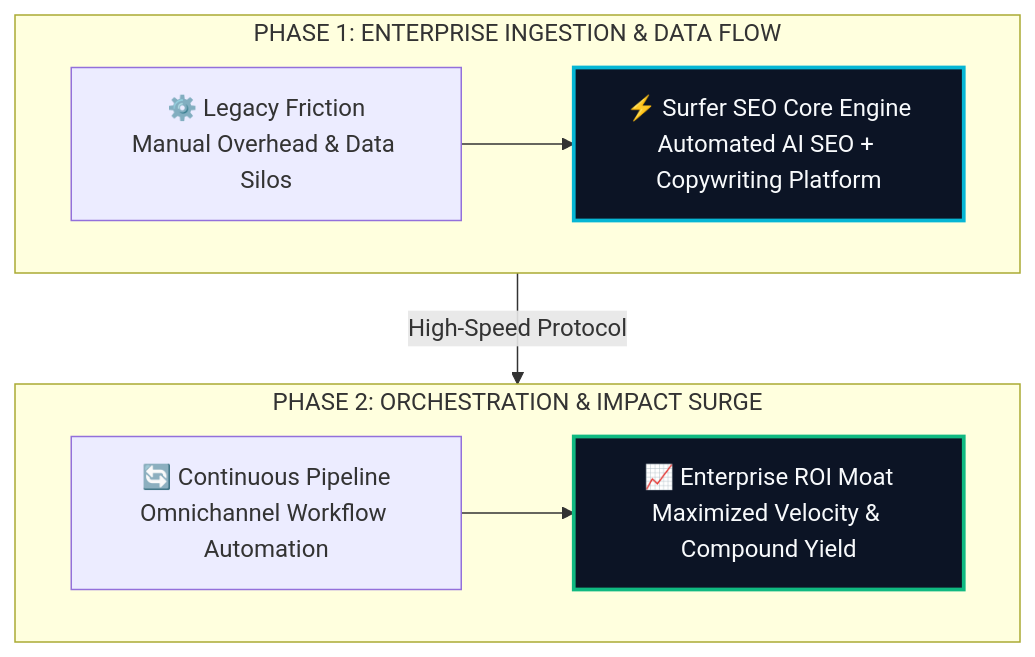
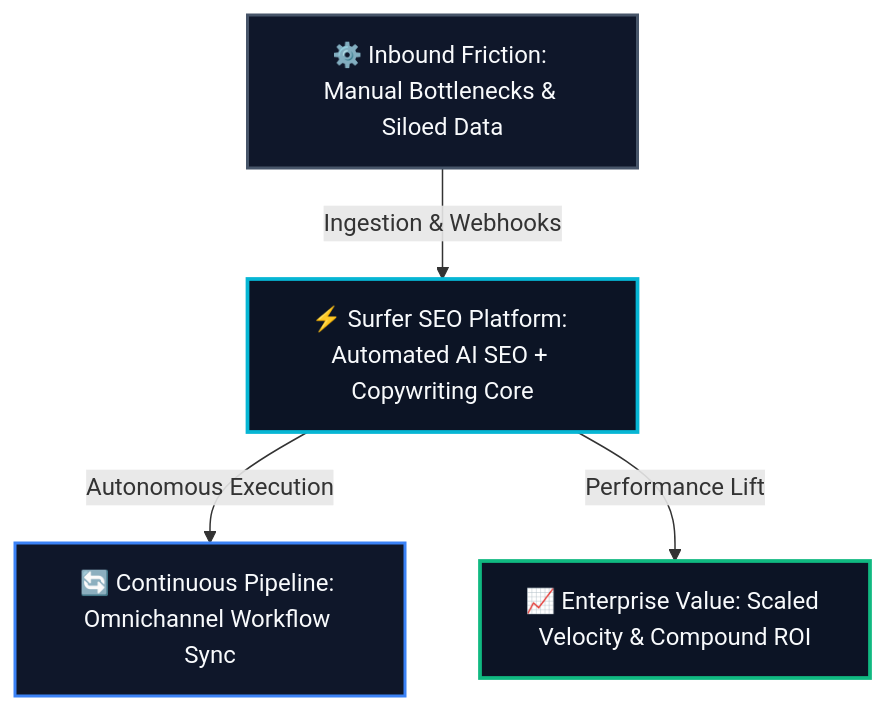
One commit to heliatech-media/saas-radar changed the diagram in site/src/content/blog/surfer-seo-evolution-guide-2026.md. Above: the diagram before and after it, drawn with Mermaid. The commit also changed 93 other files, not shown here.

First line of the commit message:
fix(diagrams): resolve dagre-d3 subgraph collision by migrating to balanced 3-tier Hub & Spoke architecture

````diff
--- a/site/src/content/blog/surfer-seo-evolution-guide-2026.md
+++ b/site/src/content/blog/surfer-seo-evolution-guide-2026.md
@@ -68,14 +68,14 @@
 ```mermaid
 flowchart TD
-    subgraph S1["PHASE 1: ENTERPRISE INGESTION & DATA FLOW"]
-        direction LR
-        A["⚙️ Legacy Friction<br/>Manual Overhead & Data Silos"] --> B["⚡ Surfer SEO Core Engine<br/>Automated AI SEO + Copywriting Platform"]
-    end
-    subgraph S2["PHASE 2: ORCHESTRATION & IMPACT SURGE"]
-        direction LR
-        C["🔄 Continuous Pipeline<br/>Omnichannel Workflow Automation"] --> D["📈 Enterprise ROI Moat<br/>Maximized Velocity & Compound Yield"]
-    end
-    S1 -->|High-Speed Protocol| S2
-    style B fill:#0c1425,stroke:#06b6d4,stroke-width:2.5px,color:#f8fafc
-    style D fill:#0c1425,stroke:#10b981,stroke-width:2.5px,color:#f8fafc
+    Inp["⚙️ Inbound Friction: Manual Bottlenecks & Siloed Data"]
+    Eng["⚡ Surfer SEO Platform: Automated AI SEO + Copywriting Core"]
+    Out1["🔄 Continuous Pipeline: Omnichannel Workflow Sync"]
+    Out2["📈 Enterprise Value: Scaled Velocity & Compound ROI"]
+    Inp -->|Ingestion & Webhooks| Eng
+    Eng -->|Autonomous Execution| Out1
+    Eng -->|Performance Lift| Out2
+    style Inp fill:#0f172a,stroke:#475569,stroke-width:2px,color:#f8fafc
+    style Eng fill:#0c1425,stroke:#06b6d4,stroke-width:2.5px,color:#f8fafc
+    style Out1 fill:#0f172a,stroke:#3b82f6,stroke-width:2px,color:#f8fafc
+    style Out2 fill:#0c1425,stroke:#10b981,stroke-width:2.5px,color:#f8fafc
 ```
````
